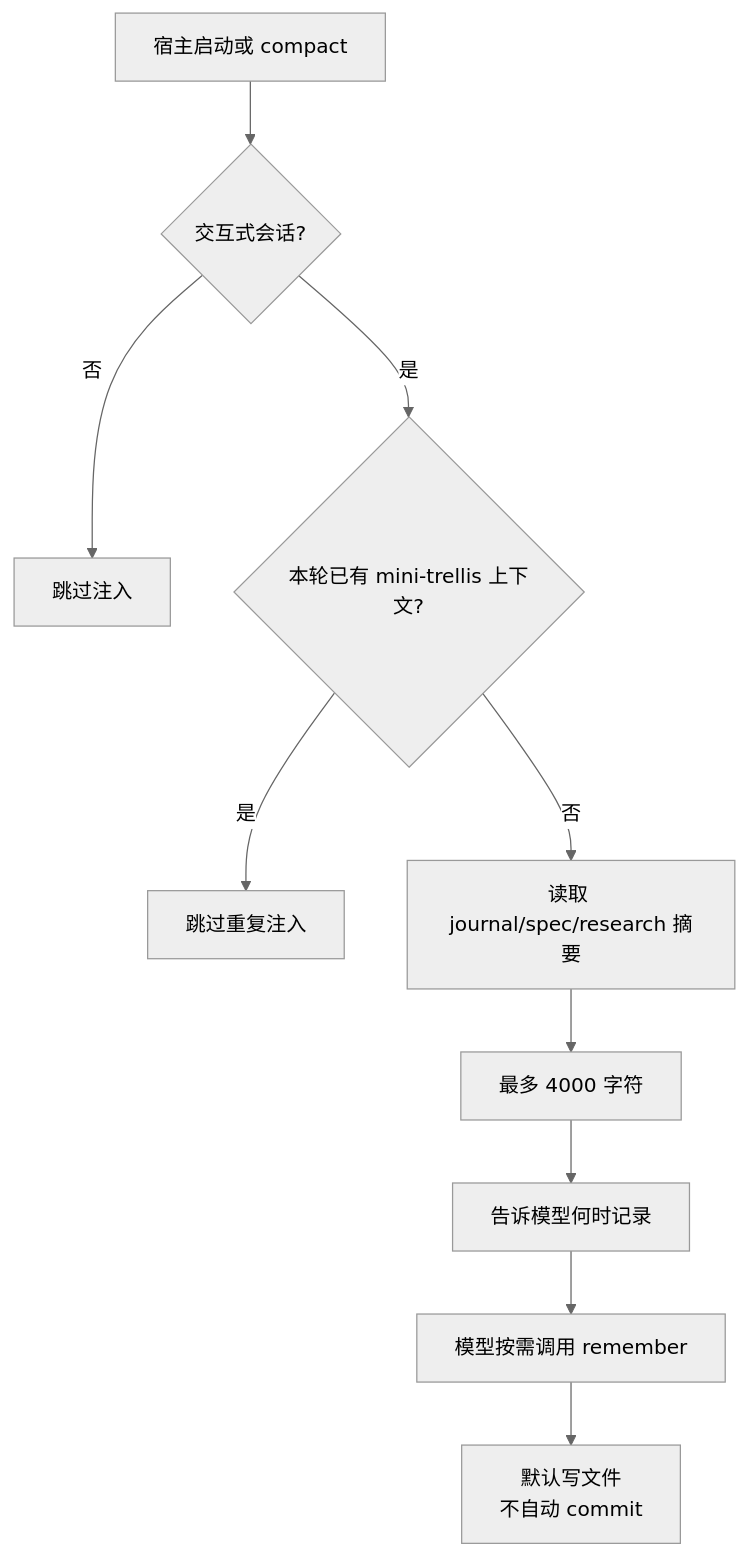
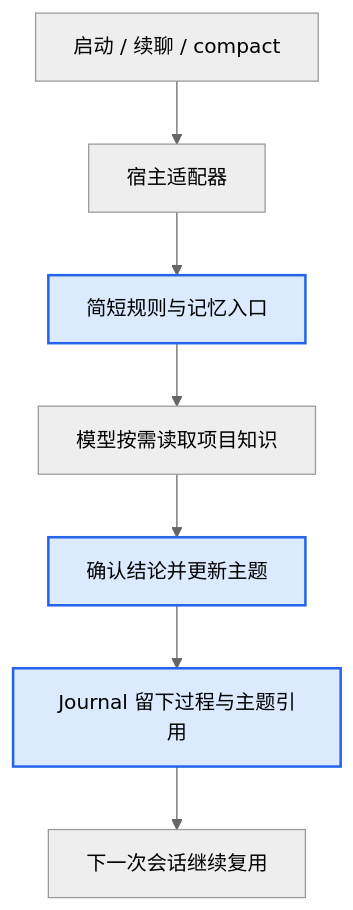
The second of 3 diagrams in docs/roadmap.md (Tiger-zzZ/mini-trellis), drawn with Mermaid (neutral theme) before and after one commit. The commit also changed other lines of this file and 55 other files, not shown here.

Commit message:
feat: release mini-trellis v0.2.1

````diff
--- a/docs/roadmap.md
+++ b/docs/roadmap.md
@@ -22,12 +48,11 @@
 ```mermaid
 flowchart TD
-  A[宿主启动或 compact] --> B{交互式会话?}
-  B -- 否 --> X[跳过注入]
-  B -- 是 --> C{本轮已有 mini-trellis 上下文?}
-  C -- 是 --> Y[跳过重复注入]
-  C -- 否 --> D[读取 journal/spec/research 摘要]
-  D --> E[最多 4000 字符]
-  E --> F[告诉模型何时记录]
-  F --> G[模型按需调用 remember]
-  G --> H[默认写文件\n不自动 commit]
+  A[启动 / 续聊 / compact] --> B[宿主适配器]
+  B --> C[简短规则与记忆入口]
+  C --> D[模型按需读取项目知识]
+  D --> E[确认结论并更新主题]
+  E --> F[Journal 留下过程与主题引用]
+  F --> G[下一次会话继续复用]
+  classDef memory fill:#dbeafe,stroke:#2563eb,stroke-width:2px;
+  class C,E,F memory;
 ```
````
